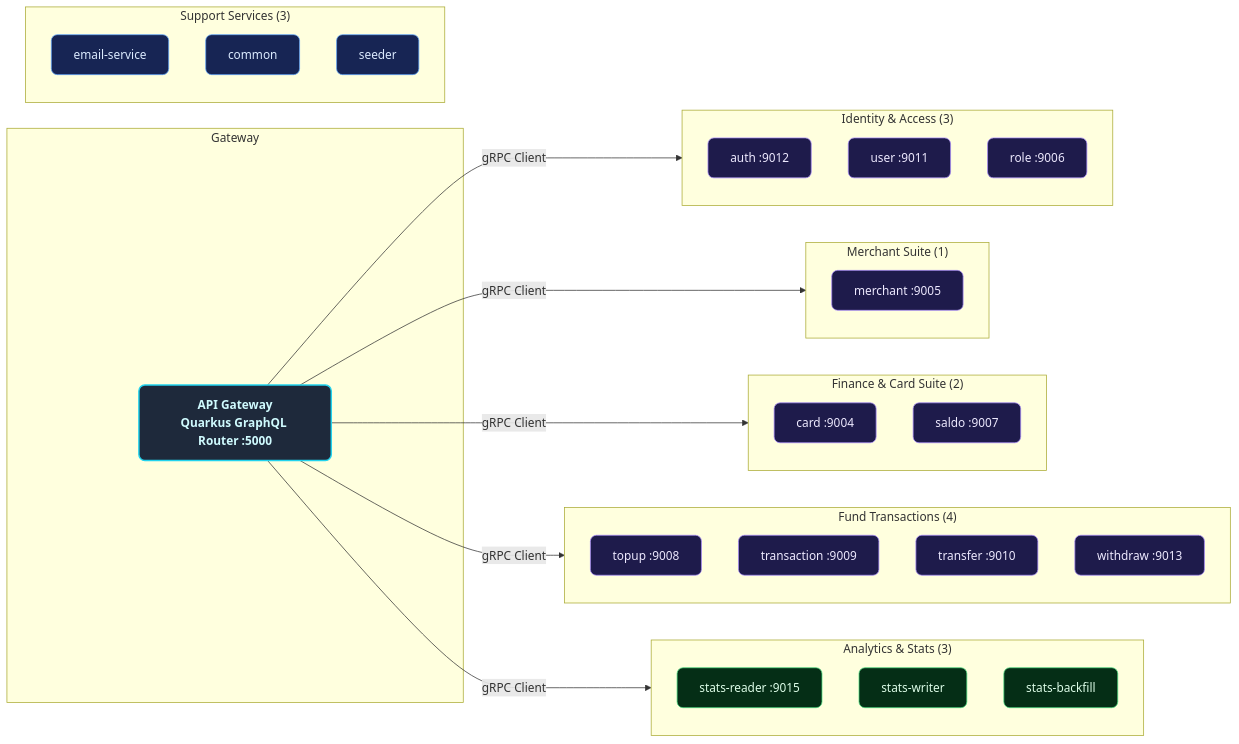
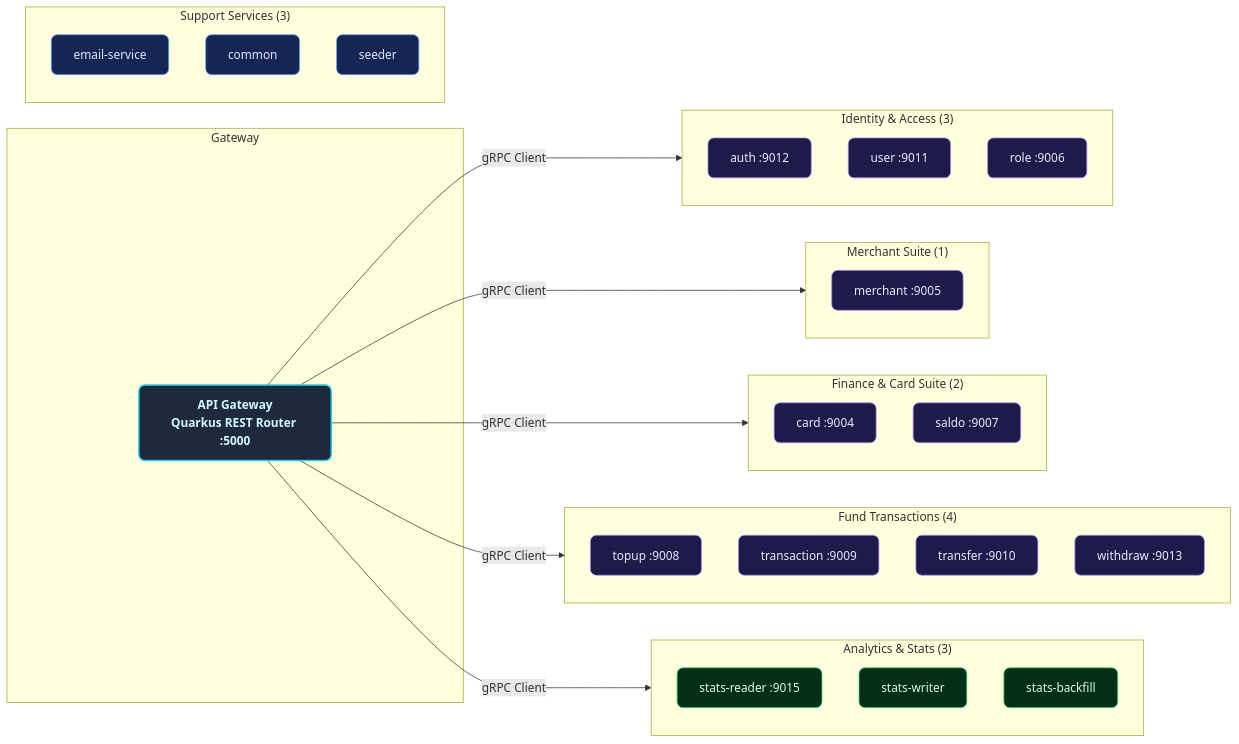
Before and after one commit to MamangRust/microservice-payment-gateway-quarkus-graphql: the second of 13 diagrams in README.md, drawn with Mermaid. The commit also changed other lines of this file and 383 other files, not shown here.

````diff
--- a/README.md
+++ b/README.md
@@ -218,51 +218,51 @@
 ```mermaid
 graph LR
     classDef svc fill:#1e1b4b,stroke:#a78bfa,color:#ede9fe,stroke-width:1px,rx:8
     classDef gw fill:#1e293b,stroke:#22d3ee,color:#cffafe,stroke-width:2px,rx:8,font-weight:bold
     classDef support fill:#172554,stroke:#60a5fa,color:#dbeafe,stroke-width:1px,rx:8
     classDef stats fill:#052e16,stroke:#4ade80,color:#dcfce7,stroke-width:1px,rx:8
 
     subgraph Gateway
-        API["API Gateway<br/>Quarkus GraphQL Router :5000"]:::gw
+        API["API Gateway<br/>Quarkus REST Router :5000"]:::gw
     end
 
     subgraph Identity["Identity & Access (3)"]
         A1["auth :9012"]:::svc
         A2["user :9011"]:::svc
         A3["role :9006"]:::svc
     end
 
     subgraph Merchant["Merchant Suite (1)"]
         M1["merchant :9005"]:::svc
     end
 
     subgraph Finance["Finance & Card Suite (2)"]
         F1["card :9004"]:::svc
         F2["saldo :9007"]:::svc
     end
 
     subgraph Movements["Fund Transactions (4)"]
         T1["topup :9008"]:::svc
         T2["transaction :9009"]:::svc
         T3["transfer :9010"]:::svc
         T4["withdraw :9013"]:::svc
     end
 
     subgraph Analytics["Analytics & Stats (3)"]
         ST1["stats-reader :9015"]:::stats
         ST2["stats-writer"]:::stats
         ST3["stats-backfill"]:::stats
     end
 
     subgraph Support["Support Services (3)"]
         S1["email-service"]:::support
         S2["common"]:::support
         S3["seeder"]:::support
     end
 
     API -->|"gRPC Client"| Identity
     API -->|"gRPC Client"| Merchant
     API -->|"gRPC Client"| Finance
     API -->|"gRPC Client"| Movements
     API -->|"gRPC Client"| Analytics
 ```
````
